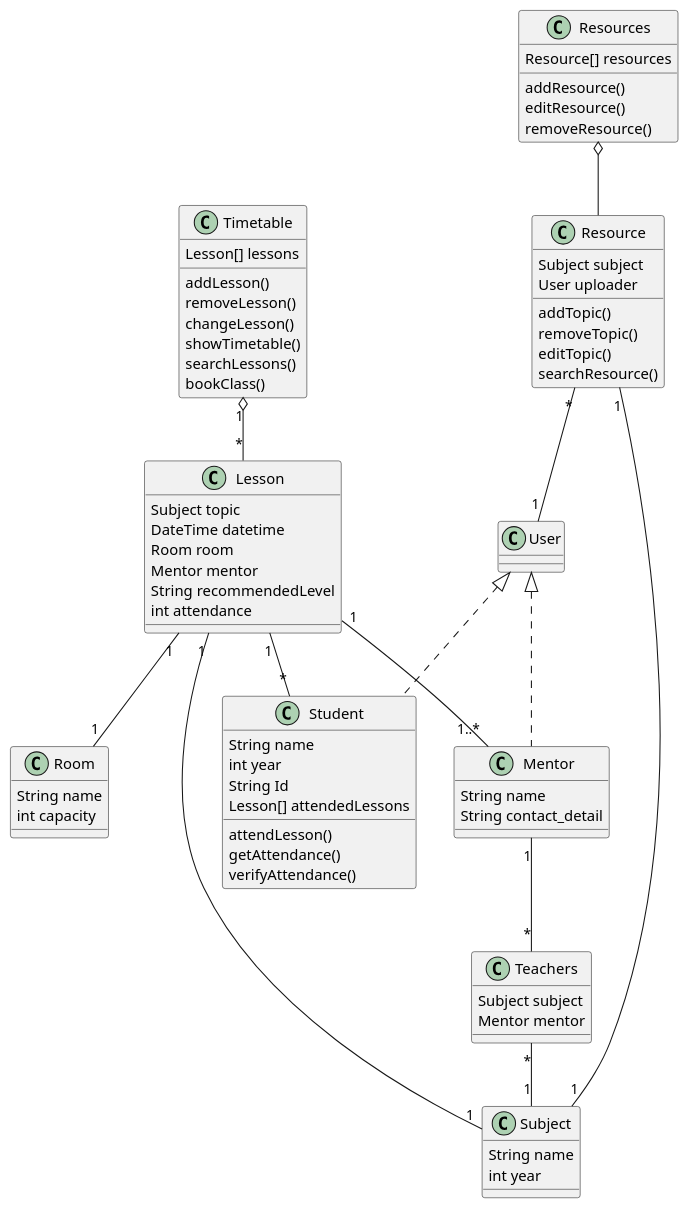
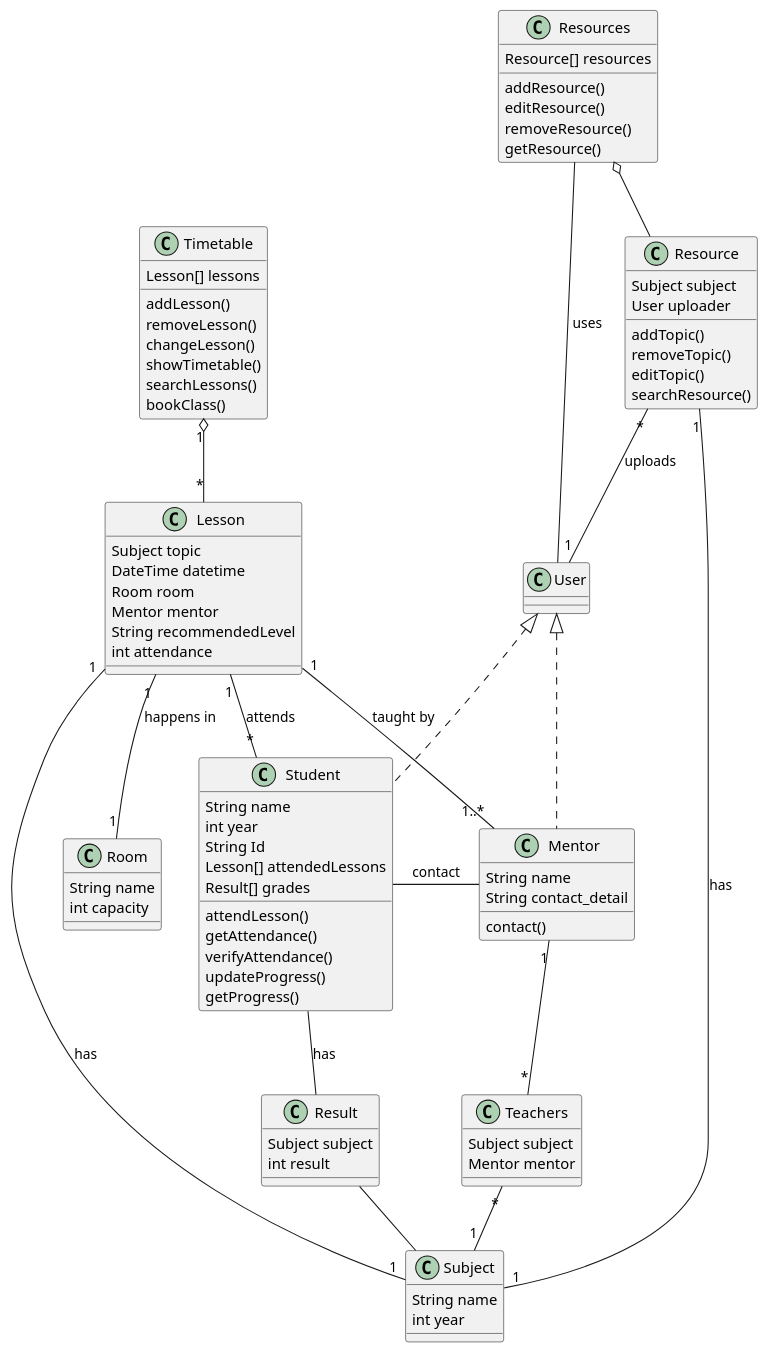
The diagram in Class Diagrams/class_diagram.pu (Gyrogaming01/asdp-project-1), drawn with PlantUML before and after one commit. The commit also changed 1 other file, not shown here.

Commit message:
updated class diagram

```diff
--- a/Class Diagrams/class_diagram.pu
+++ b/Class Diagrams/class_diagram.pu
@@ -1,82 +1,98 @@
 @startuml
 
 Timetable "1" o-- "*" Lesson
-Lesson "1" -- "1" Room
-Lesson "1" -- "1..*" Mentor
+Lesson "1" -- "1" Room : happens in
+Lesson "1" -- "1..*" Mentor : taught by
 
 Mentor "1" -- "*" Teachers
 Teachers "*" -- "1" Subject
-Resource "*" -- "1" User
+Resource "*" -- "1" User : uploads
 User <|.. Student
 User <|.. Mentor
-Resource "1" -- "1" Subject
+Resource "1" -- "1" Subject : has
 Resources o-- Resource
-Lesson "1" -- "1" Subject
-Lesson "1" -- "*" Student
+Lesson "1" -- "1" Subject : has
+Lesson "1" -- "*" Student : attends
+Resources -- User : uses
 
 class Timetable {
   Lesson[] lessons
   addLesson()
   removeLesson()
   changeLesson()
   showTimetable()
   searchLessons()
   bookClass()
 }
 
 class Lesson {
   Subject topic
   DateTime datetime
   Room room
   Mentor mentor
   String recommendedLevel
   int attendance
 }
 
 class Room {
   String name
   int capacity
 }
 
 class Mentor {
   String name
   String contact_detail
+  contact()
 }
+
+Student - Mentor : contact
 
 class Resources {
   Resource[] resources
   addResource()
   editResource()
   removeResource()
+  getResource()
 }
 
 class Resource {
   Subject subject
   User uploader
   addTopic()
   removeTopic()
   editTopic()
   searchResource()
 }
 
 class Student {
   String name
   int year
   String Id
   Lesson[] attendedLessons
+  Result[] grades
   attendLesson()
   getAttendance()
   verifyAttendance()
+  updateProgress()
+  getProgress()
+}
+
+Student -- Result : has
+Result -- Subject
+
+class Result {
+  Subject subject
+  int result
 }
 
 class Subject {
   String name
   int year
 }
 
 class Teachers {
   Subject subject
   Mentor mentor
 }
 
 @enduml
```
